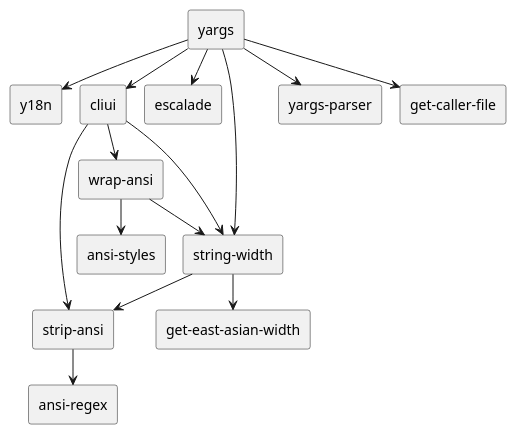
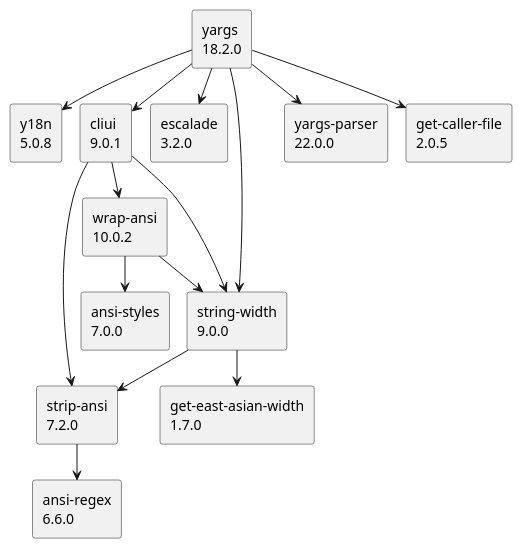
The diagram in examples/yargs.puml (GoDeXxXx/npm-dependency-graph), drawn with PlantUML before and after one commit. The commit also changed 20 other files, not shown here.

```diff
--- a/examples/yargs.puml
+++ b/examples/yargs.puml
@@ -1,29 +1,29 @@
 @startuml
 !pragma layout smetana
-rectangle "yargs" as p0
-rectangle "y18n" as p1
-rectangle "cliui" as p2
-rectangle "escalade" as p3
-rectangle "string-width" as p4
-rectangle "yargs-parser" as p5
-rectangle "get-caller-file" as p6
-rectangle "wrap-ansi" as p7
-rectangle "strip-ansi" as p8
-rectangle "get-east-asian-width" as p9
-rectangle "ansi-styles" as p10
-rectangle "ansi-regex" as p11
+rectangle "yargs\n18.2.0" as p0
+rectangle "y18n\n5.0.8" as p1
+rectangle "cliui\n9.0.1" as p2
+rectangle "escalade\n3.2.0" as p3
+rectangle "string-width\n9.0.0" as p4
+rectangle "yargs-parser\n22.0.0" as p5
+rectangle "get-caller-file\n2.0.5" as p6
+rectangle "wrap-ansi\n10.0.2" as p7
+rectangle "strip-ansi\n7.2.0" as p8
+rectangle "get-east-asian-width\n1.7.0" as p9
+rectangle "ansi-styles\n7.0.0" as p10
+rectangle "ansi-regex\n6.6.0" as p11
 p0 --> p1
 p0 --> p2
 p0 --> p3
 p0 --> p4
 p0 --> p5
 p0 --> p6
 p2 --> p7
 p2 --> p8
 p2 --> p4
 p4 --> p8
 p4 --> p9
 p7 --> p10
 p7 --> p4
 p8 --> p11
 @enduml
```
